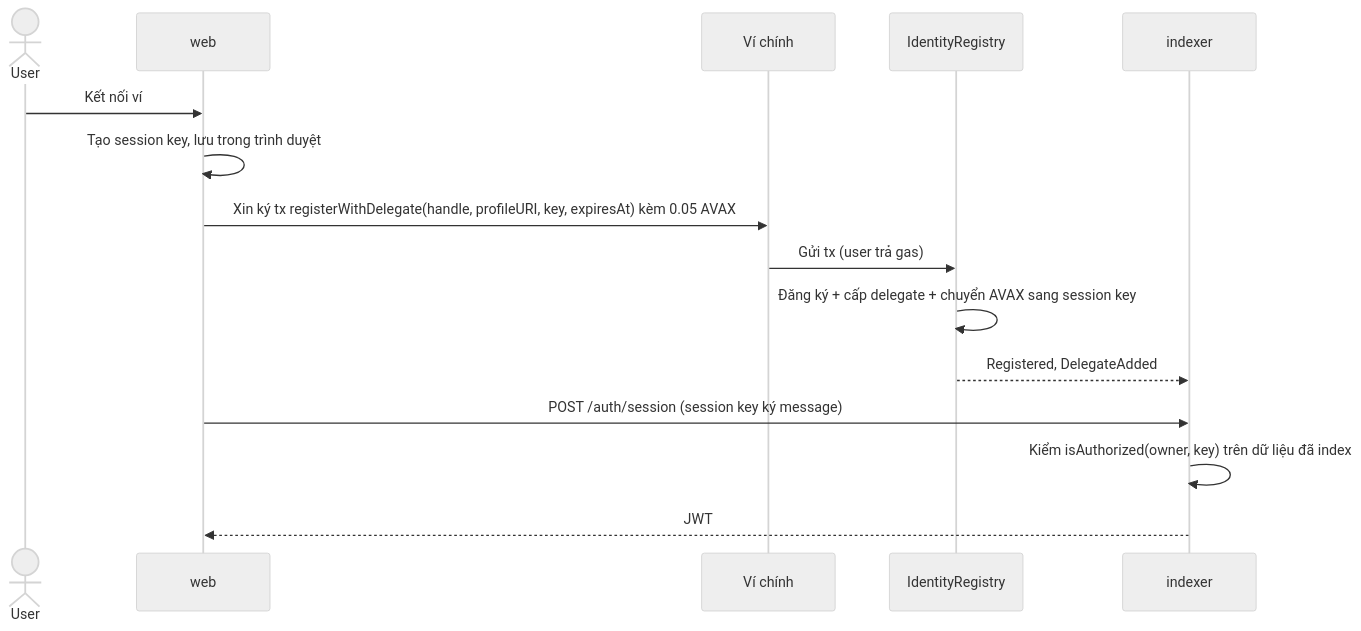
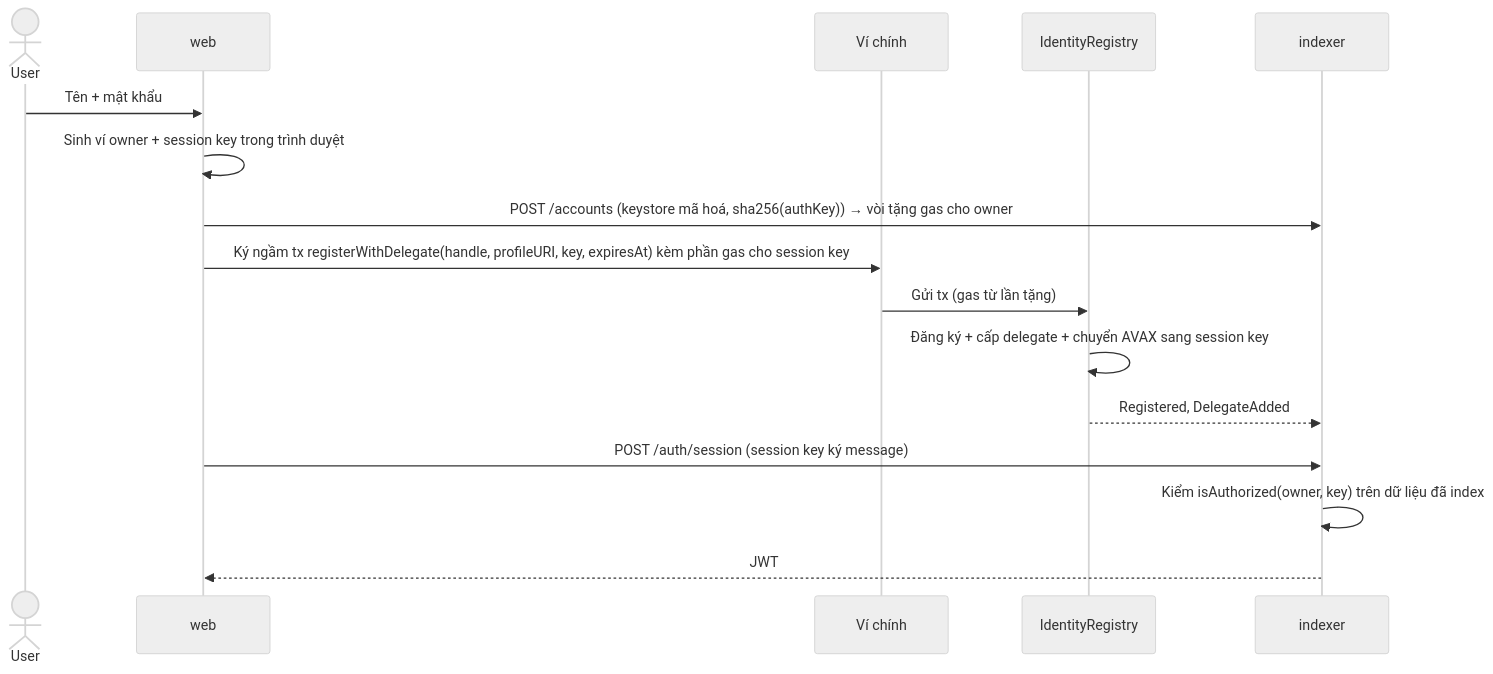
The second of 4 diagrams in docs/ARCHITECTURE.md (tuantqse90/team1vn-socialonchain), drawn with Mermaid (neutral theme) before and after one commit. The commit also changed other lines of this file and 4 other files, not shown here.

Commit message:
docs: P18 tài khoản mật khẩu + ví nhúng + app tặng gas

````diff
--- a/docs/ARCHITECTURE.md
+++ b/docs/ARCHITECTURE.md
@@ -85,17 +85,18 @@
 ```mermaid
 sequenceDiagram
   actor U as User
   participant W as web
   participant O as Ví chính
   participant C as IdentityRegistry
   participant I as indexer
-  U->>W: Kết nối ví
-  W->>W: Tạo session key, lưu trong trình duyệt
-  W->>O: Xin ký tx registerWithDelegate(handle, profileURI, key, expiresAt) kèm 0.05 AVAX
-  O->>C: Gửi tx (user trả gas)
+  U->>W: Tên + mật khẩu
+  W->>W: Sinh ví owner + session key trong trình duyệt
+  W->>I: POST /accounts (keystore mã hoá, sha256(authKey)) → vòi tặng gas cho owner
+  W->>O: Ký ngầm tx registerWithDelegate(handle, profileURI, key, expiresAt) kèm phần gas cho session key
+  O->>C: Gửi tx (gas từ lần tặng)
   C->>C: Đăng ký + cấp delegate + chuyển AVAX sang session key
   C-->>I: Registered, DelegateAdded
   W->>I: POST /auth/session (session key ký message)
   I->>I: Kiểm isAuthorized(owner, key) trên dữ liệu đã index
   I-->>W: JWT
 ```
````
